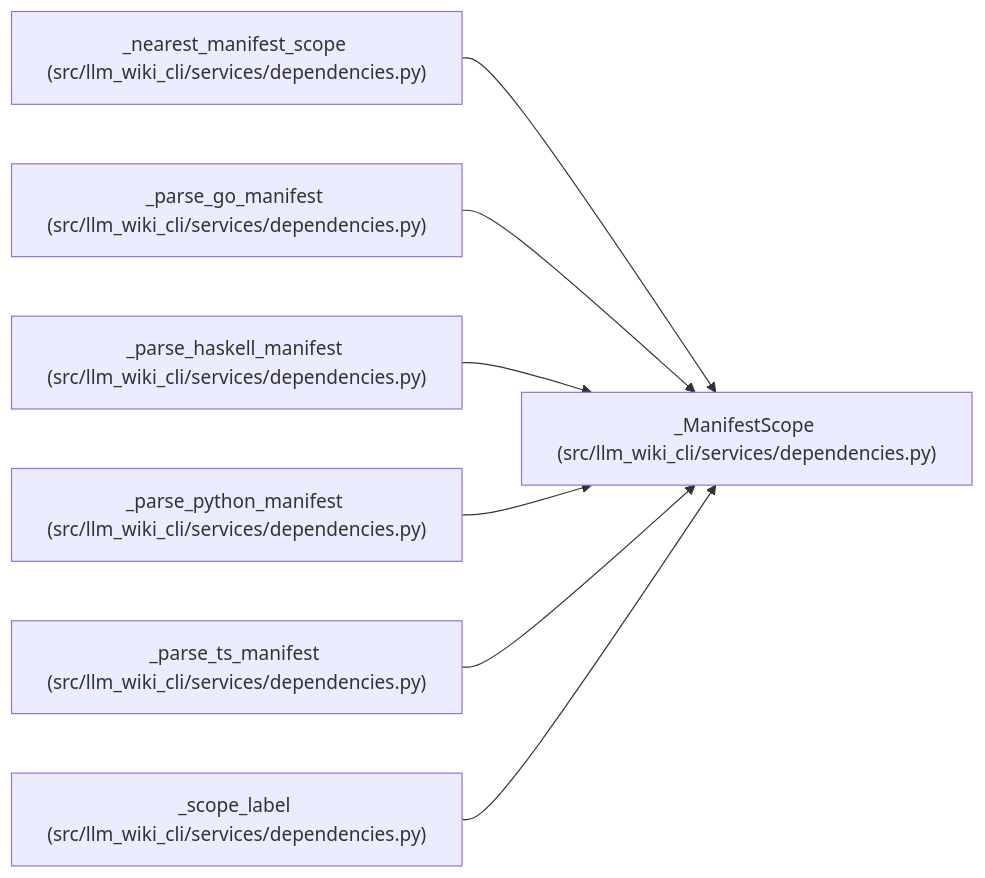
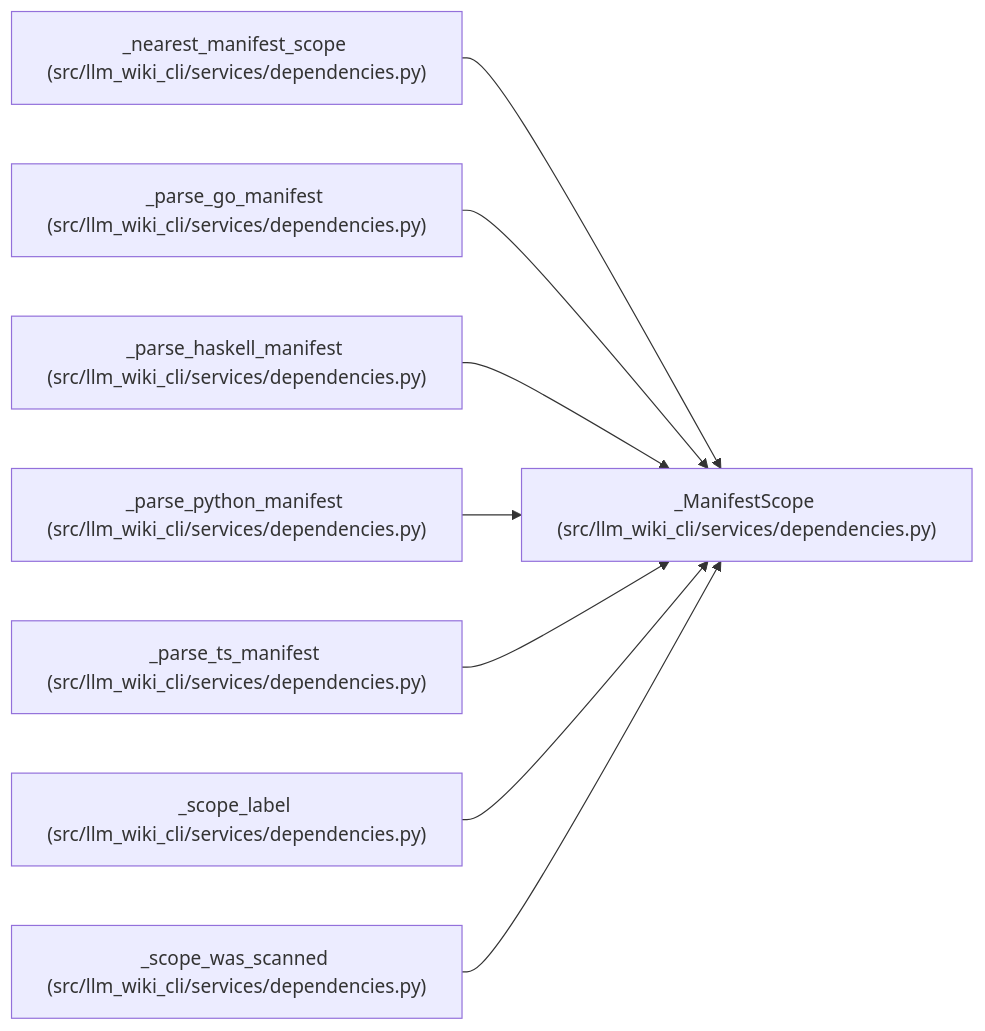
One commit to Denissvgn/python-wiki-llm changed the diagram in docs/llm_wiki/entities/ManifestScope.md. Above: the diagram before and after it, drawn with Mermaid. The commit also changed other lines of this file and 93 other files, not shown here.

````diff
--- a/docs/llm_wiki/entities/ManifestScope.md
+++ b/docs/llm_wiki/entities/ManifestScope.md
@@ -34,23 +34,26 @@
 ```mermaid
 flowchart LR
     n0["_ManifestScope (src/llm_wiki_cli/services/dependencies.py)"]
     n1["_nearest_manifest_scope (src/llm_wiki_cli/services/dependencies.py)"]
     n2["_parse_go_manifest (src/llm_wiki_cli/services/dependencies.py)"]
     n3["_parse_haskell_manifest (src/llm_wiki_cli/services/dependencies.py)"]
     n4["_parse_python_manifest (src/llm_wiki_cli/services/dependencies.py)"]
     n5["_parse_ts_manifest (src/llm_wiki_cli/services/dependencies.py)"]
     n6["_scope_label (src/llm_wiki_cli/services/dependencies.py)"]
+    n7["_scope_was_scanned (src/llm_wiki_cli/services/dependencies.py)"]
     n1 --> n0
     n2 --> n0
     n3 --> n0
     n4 --> n0
     n5 --> n0
     n6 --> n0
+    n7 --> n0
     click n0 "../modules/services_dependencies.md"
     click n1 "../modules/services_dependencies.md"
     click n2 "../modules/services_dependencies.md"
     click n3 "../modules/services_dependencies.md"
     click n4 "../modules/services_dependencies.md"
     click n5 "../modules/services_dependencies.md"
     click n6 "../modules/services_dependencies.md"
+    click n7 "../modules/services_dependencies.md"
 ```
````
